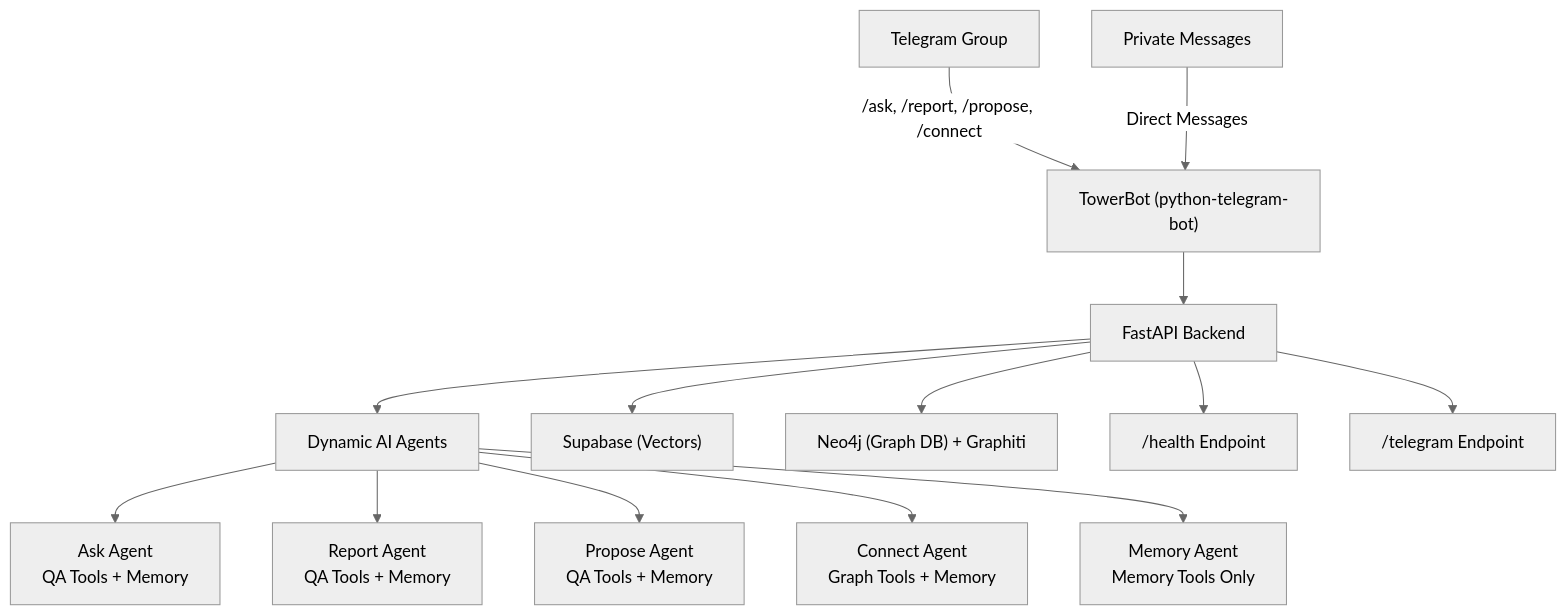
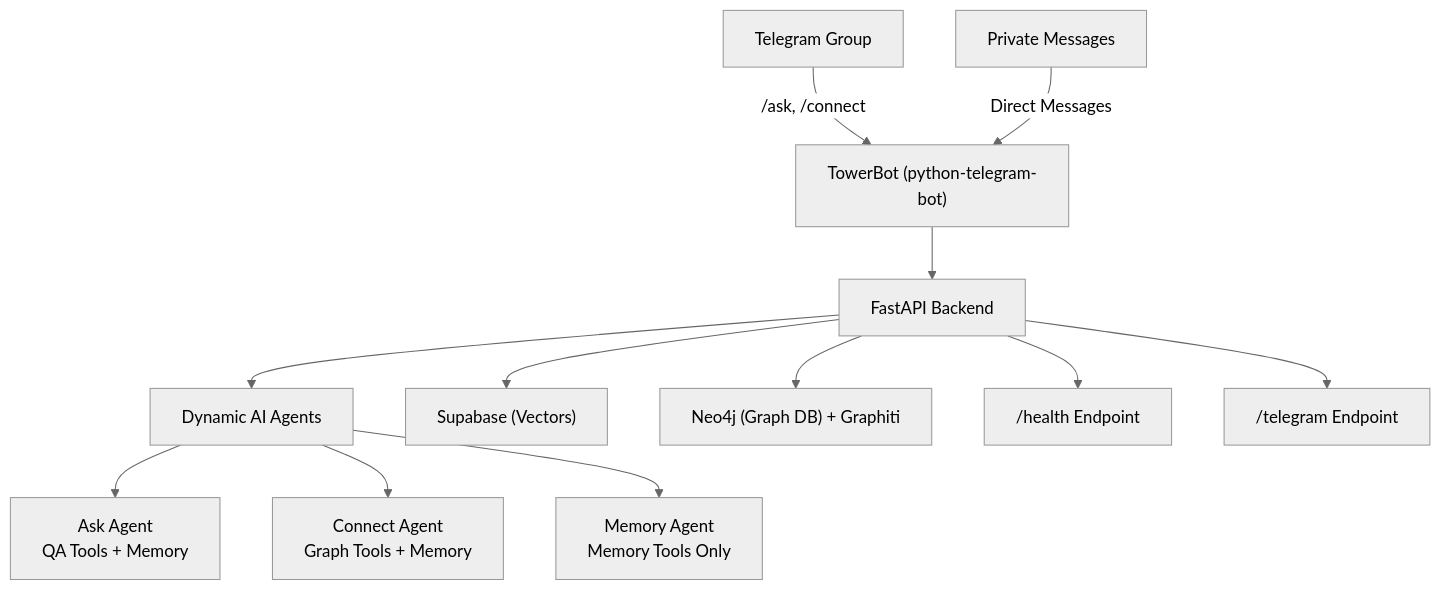
The second of 2 diagrams in README.md (frontiertower/towerbot), drawn with Mermaid (neutral theme) before and after one commit. The commit also changed other lines of this file and 2 other files, not shown here.

First line of the commit message:
Remove report and propose command support

````diff
--- a/README.md
+++ b/README.md
@@ -229,16 +221,14 @@
 ```mermaid
 graph TD;
-  TG["Telegram Group"] -->|/ask, /report, /propose, /connect| BOT["TowerBot (python-telegram-bot)"]
+  TG["Telegram Group"] -->|/ask, /connect| BOT["TowerBot (python-telegram-bot)"]
   PM["Private Messages"] -->|Direct Messages| BOT
   BOT --> API["FastAPI Backend"]
   API --> AI["Dynamic AI Agents"]
   AI --> AG["Ask Agent<br/>QA Tools + Memory"]
-  AI --> RP["Report Agent<br/>QA Tools + Memory"]
-  AI --> PP["Propose Agent<br/>QA Tools + Memory"]
   AI --> CN["Connect Agent<br/>Graph Tools + Memory"]
   AI --> MM["Memory Agent<br/>Memory Tools Only"]
   API --> DB["Supabase (Vectors)"]
   API --> GRAPH["Neo4j (Graph DB) + Graphiti"]
   API --> Health["/health Endpoint"]
   API --> Webhook["/telegram Endpoint"]
 ```
````
